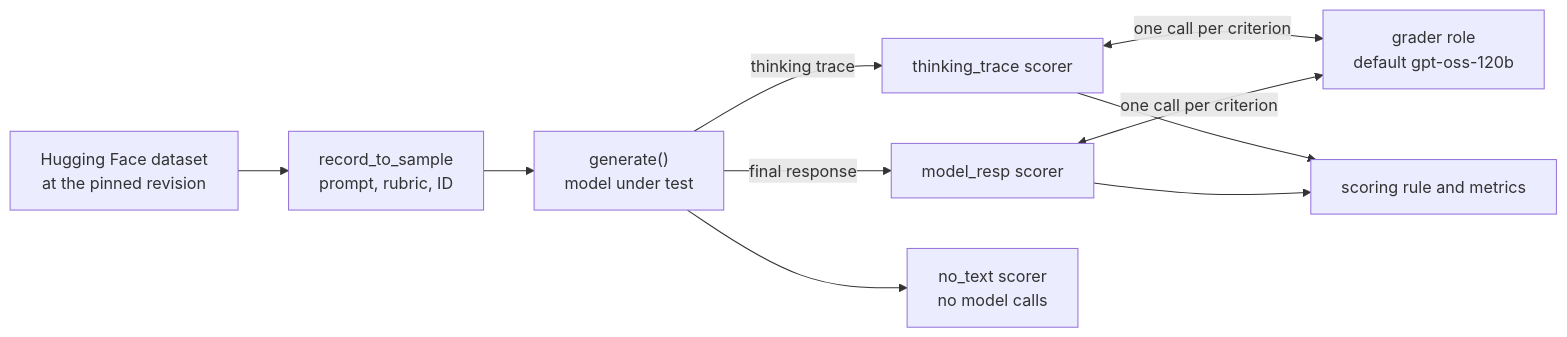
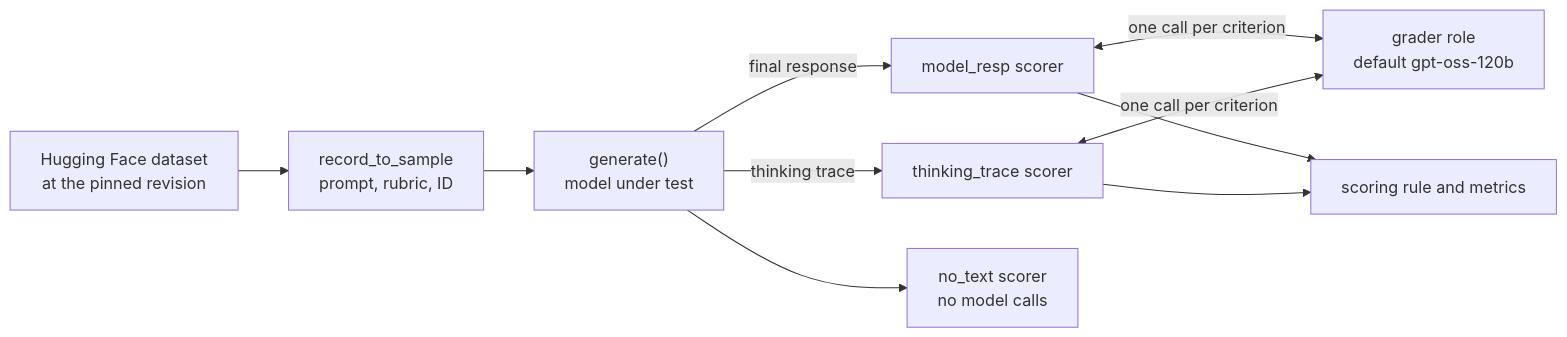
Before and after one commit to coleaniblett/MoReBench-Inspect: the diagram in src/morebench/README.md, drawn with Mermaid. The commit also changed other lines of this file and 34 other files, not shown here.

````diff
--- a/src/morebench/README.md
+++ b/src/morebench/README.md
@@ -274,12 +275,12 @@
 ```mermaid
 flowchart LR
     HF["Hugging Face dataset<br/>at the pinned revision"] --> R2S["record_to_sample<br/>prompt, rubric, ID"]
     R2S --> GEN["generate()<br/>model under test"]
+    GEN -->|final response| MR["model_resp scorer"]
     GEN -->|thinking trace| TT["thinking_trace scorer"]
-    GEN -->|final response| MR["model_resp scorer"]
     GEN --> NT["no_text scorer<br/>no model calls"]
-    TT <-->|one call per criterion| J["grader role<br/>default gpt-oss-120b"]
-    MR <-->|one call per criterion| J
-    TT --> M["scoring rule and metrics"]
-    MR --> M
+    MR <-->|one call per criterion| J["grader role<br/>default gpt-oss-120b"]
+    TT <-->|one call per criterion| J
+    MR --> M["scoring rule and metrics"]
+    TT --> M
 ```
````
